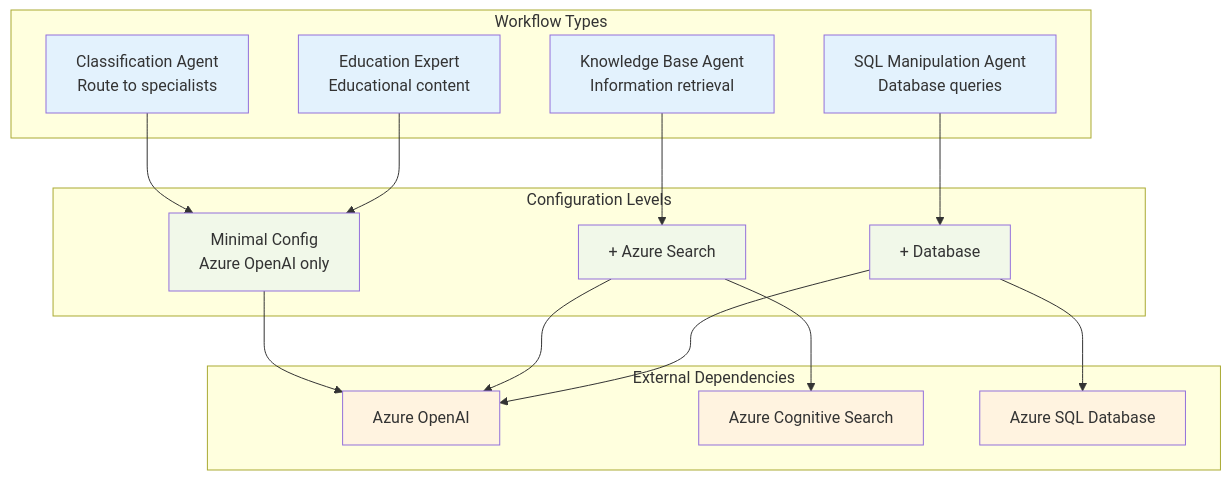
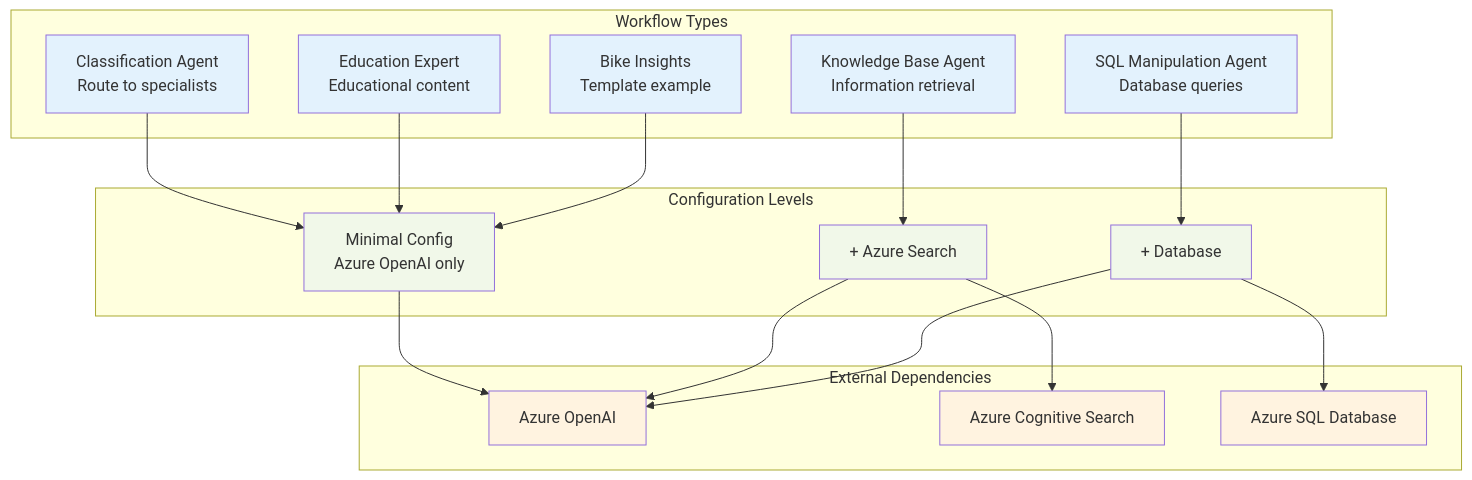
Before and after one commit to the-ingenious-dark-knight/Insight_Ingenious: the first of 10 diagrams in docs/workflows/README.md, drawn with Mermaid. The commit also changed 3 other files, not shown here.

````diff
--- a/docs/workflows/README.md
+++ b/docs/workflows/README.md
@@ -18,42 +18,44 @@
 ```mermaid
 graph TB
     subgraph "Workflow Types"
         CLASSIFICATION[Classification Agent<br/>Route to specialists]
         KNOWLEDGE[Knowledge Base Agent<br/>Information retrieval]
         SQL[SQL Manipulation Agent<br/>Database queries]
         EDUCATION[Education Expert<br/>Educational content]
+        BIKE_INSIGHTS[Bike Insights<br/>Template example]
     end
 
     subgraph "Configuration Levels"
         MINIMAL[Minimal Config<br/>Azure OpenAI only]
         SEARCH[+ Azure Search]
         DATABASE[+ Database]
     end
 
     subgraph "External Dependencies"
         AZURE_OPENAI[Azure OpenAI]
         AZURE_SEARCH[Azure Cognitive Search]
         AZURE_SQL[Azure SQL Database]
     end
 
     CLASSIFICATION --> MINIMAL
     EDUCATION --> MINIMAL
+    BIKE_INSIGHTS --> MINIMAL
 
     KNOWLEDGE --> SEARCH
 
     SQL --> DATABASE
 
     MINIMAL --> AZURE_OPENAI
     SEARCH --> AZURE_OPENAI
     SEARCH --> AZURE_SEARCH
     DATABASE --> AZURE_OPENAI
     DATABASE --> AZURE_SQL
 
     classDef workflow fill:#e3f2fd
     classDef config fill:#f1f8e9
     classDef external fill:#fff3e0
 
-    class CLASSIFICATION,EDUCATION,KNOWLEDGE,SQL workflow
+    class CLASSIFICATION,EDUCATION,KNOWLEDGE,SQL,BIKE_INSIGHTS workflow
     class MINIMAL,SEARCH,DATABASE config
     class AZURE_OPENAI,AZURE_SEARCH,AZURE_SQL external
 ```
````
